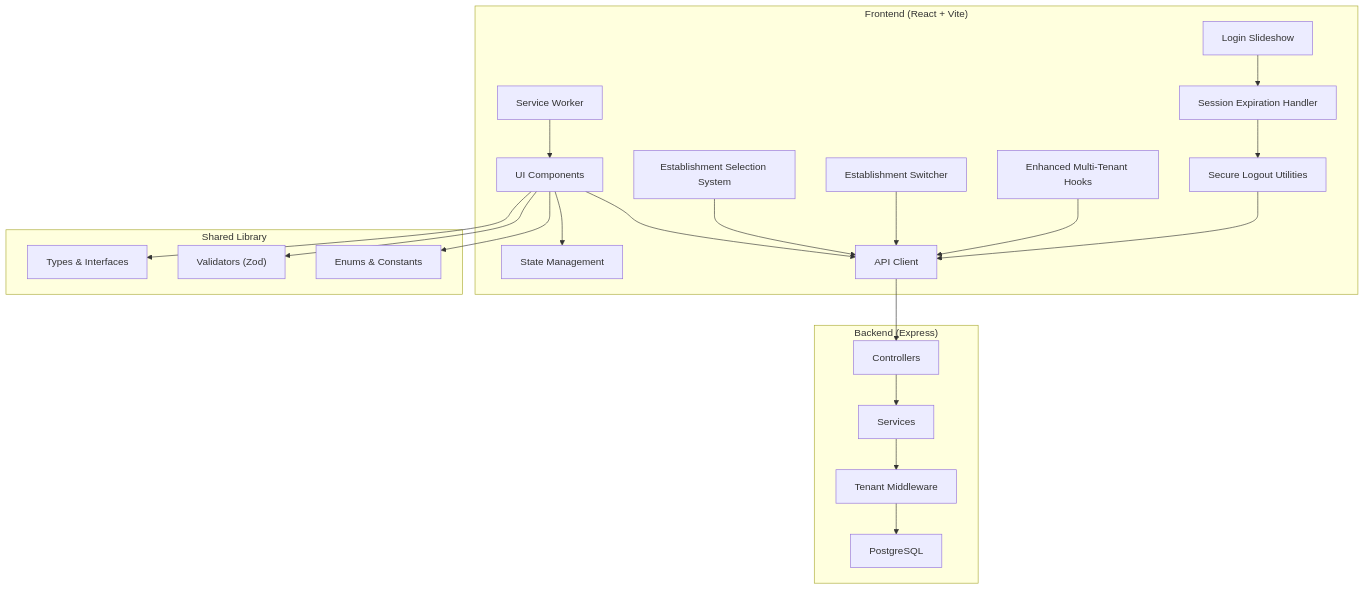
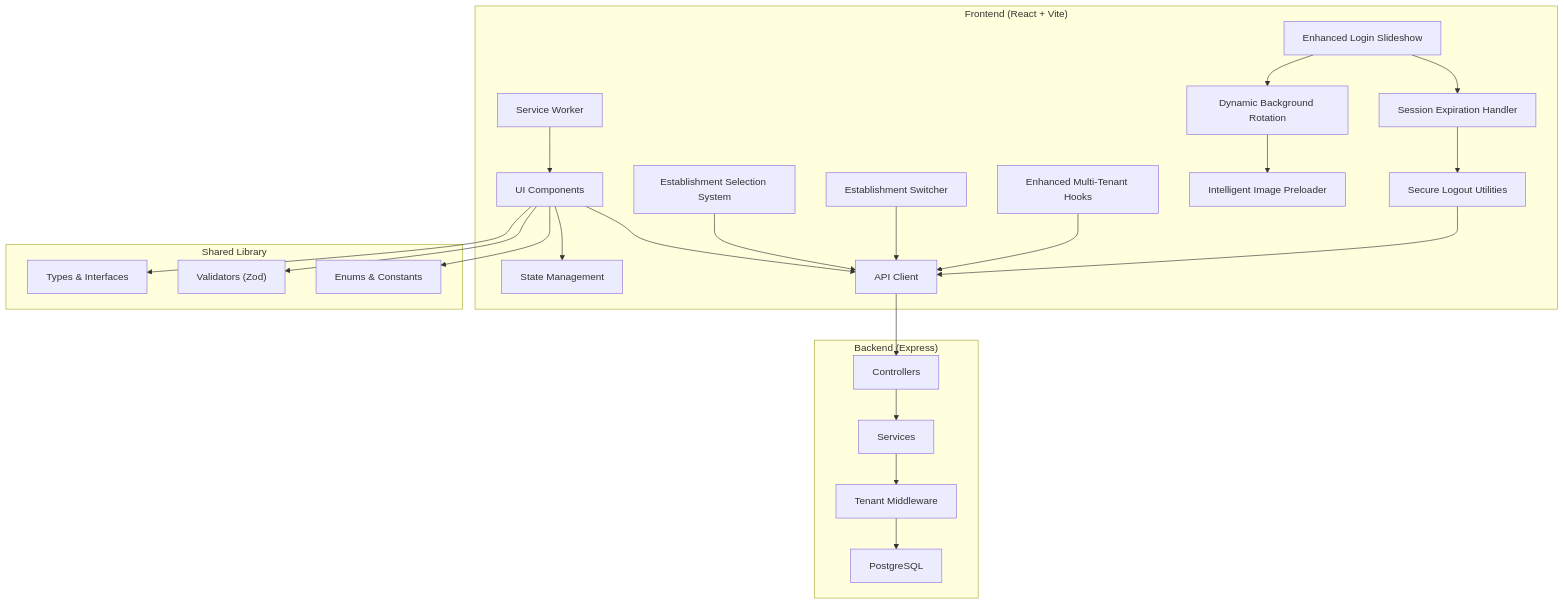
The second of 17 diagrams in .qoder/repowiki/en/content/Frontend & PWA Implementation/Frontend & PWA Implementation.md (franckylab/eLISAschool), drawn with Mermaid before and after one commit. The commit also changed other lines of this file and 84 other files, not shown here.

````diff
--- a/.qoder/repowiki/en/content/Frontend & PWA Implementation/Frontend & PWA Implementation.md
+++ b/.qoder/repowiki/en/content/Frontend & PWA Implementation/Frontend & PWA Implementation.md
@@ -134,42 +136,46 @@
 ```mermaid
 graph TB
 subgraph "Frontend (React + Vite)"
 UI["UI Components"]
 State["State Management"]
 API["API Client"]
 SW["Service Worker"]
 EstablishmentSelection["Establishment Selection System"]
 EstablishmentSwitcher["Establishment Switcher"]
 MultiTenantHooks["Enhanced Multi-Tenant Hooks"]
-LoginSlideshow["Login Slideshow"]
+LoginSlideshow["Enhanced Login Slideshow"]
+DynamicBackground["Dynamic Background Rotation"]
+ImagePreloader["Intelligent Image Preloader"]
 SessionExpired["Session Expiration Handler"]
 SecureLogout["Secure Logout Utilities"]
 end
 subgraph "Shared Library"
 Types["Types & Interfaces"]
 Validators["Validators (Zod)"]
 Enums["Enums & Constants"]
 end
 subgraph "Backend (Express)"
 Controllers["Controllers"]
 Services["Services"]
 TenantMiddleware["Tenant Middleware"]
 DB["PostgreSQL"]
 end
 UI --> State
 UI --> API
 API --> Controllers
 Controllers --> Services
 Services --> TenantMiddleware
 TenantMiddleware --> DB
 UI --> Types
 UI --> Validators
 UI --> Enums
 SW --> UI
 EstablishmentSelection --> API
 EstablishmentSwitcher --> API
 MultiTenantHooks --> API
+LoginSlideshow --> DynamicBackground
+DynamicBackground --> ImagePreloader
 LoginSlideshow --> SessionExpired
 SessionExpired --> SecureLogout
 SecureLogout --> API
 ```
````
